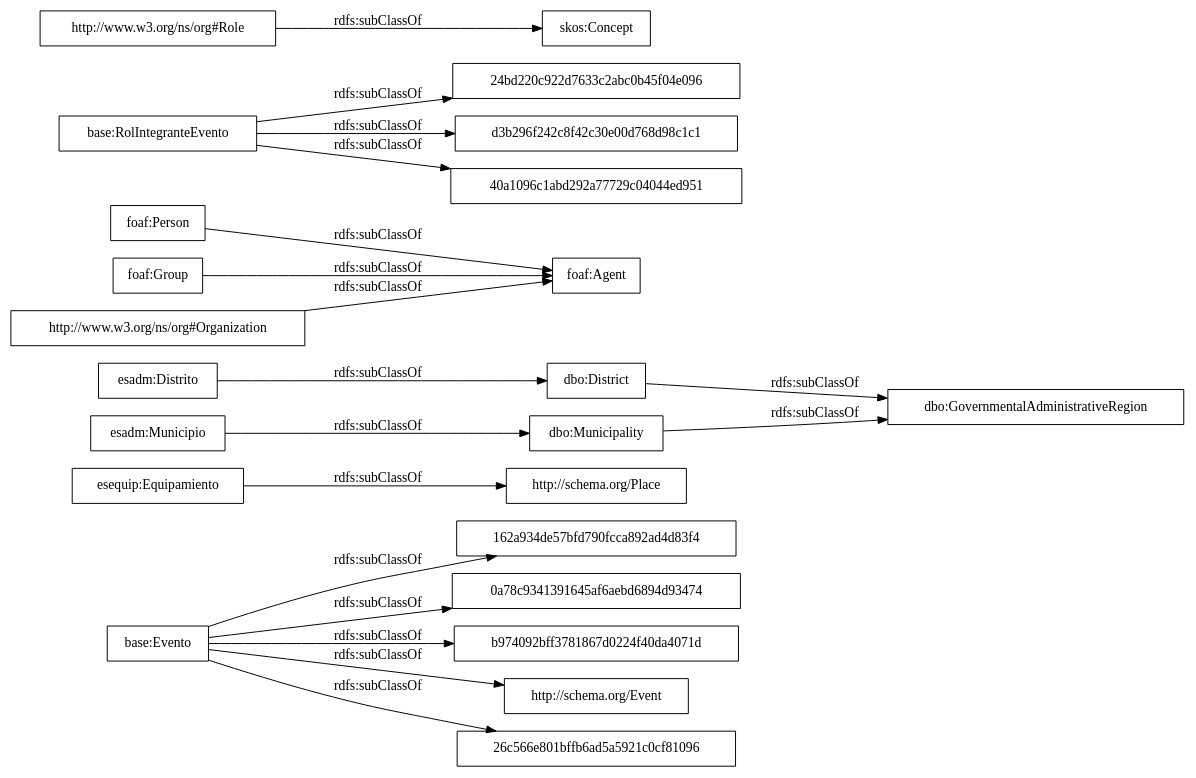
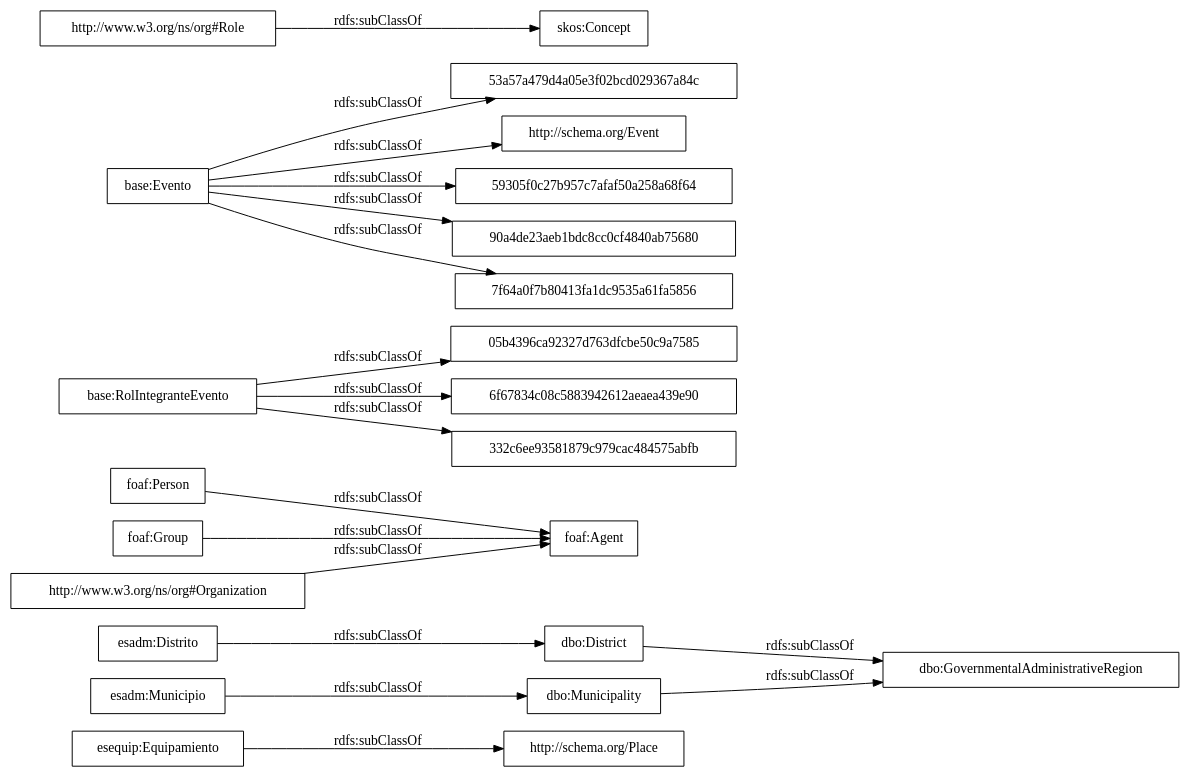
The diagram in OnToology/ontology/agenda-municipal.owl/diagrams/ar2dtool-taxonomy/agenda-municipal.owl.png.dot (OnToologyUser/sector-publico-agenda-municipal), drawn with Graphviz before and after one commit. The commit also changed 12 other files, not shown here.

```diff
--- a/OnToology/ontology/agenda-municipal.owl/diagrams/ar2dtool-taxonomy/agenda-municipal.owl.png.dot
+++ b/OnToology/ontology/agenda-municipal.owl/diagrams/ar2dtool-taxonomy/agenda-municipal.owl.png.dot
@@ -1,23 +1,23 @@
 digraph ar2dtool_diagram { 
 rankdir=LR;
 size="1000"
-node [shape = rectangle, color="black"]; "162a934de57bfd790fcca892ad4d83f4" "0a78c9341391645af6aebd6894d93474" "esequip:Equipamiento" "dbo:GovernmentalAdministrativeRegion" "foaf:Agent" "b974092bff3781867d0224f40da4071d" "dbo:District" "24bd220c922d7633c2abc0b45f04e096" "base:Evento" "http://schema.org/Event" "26c566e801bffb6ad5a5921c0cf81096" "foaf:Person" "d3b296f242c8f42c30e00d768d98c1c1" "esadm:Distrito" "dbo:Municipality" "40a1096c1abd292a77729c04044ed951" "foaf:Group" "skos:Concept" "base:RolIntegranteEvento" "esadm:Municipio" "http://www.w3.org/ns/org#Organization" "http://www.w3.org/ns/org#Role" "http://schema.org/Place" ; /*classes style*/
+node [shape = rectangle, color="black"]; "esequip:Equipamiento" "dbo:GovernmentalAdministrativeRegion" "foaf:Agent" "05b4396ca92327d763dfcbe50c9a7585" "dbo:District" "6f67834c08c5883942612aeaea439e90" "base:Evento" "332c6ee93581879c979cac484575abfb" "53a57a479d4a05e3f02bcd029367a84c" "http://schema.org/Event" "foaf:Person" "esadm:Distrito" "59305f0c27b957c7afaf50a258a68f64" "dbo:Municipality" "foaf:Group" "skos:Concept" "base:RolIntegranteEvento" "esadm:Municipio" "http://www.w3.org/ns/org#Role" "http://www.w3.org/ns/org#Organization" "http://schema.org/Place" "90a4de23aeb1bdc8cc0cf4840ab75680" "7f64a0f7b80413fa1dc9535a61fa5856" ; /*classes style*/
 	"foaf:Group" -> "foaf:Agent" [ label = "rdfs:subClassOf" ];
 	"http://www.w3.org/ns/org#Organization" -> "foaf:Agent" [ label = "rdfs:subClassOf" ];
 	"http://www.w3.org/ns/org#Role" -> "skos:Concept" [ label = "rdfs:subClassOf" ];
 	"foaf:Person" -> "foaf:Agent" [ label = "rdfs:subClassOf" ];
 	"esadm:Distrito" -> "dbo:District" [ label = "rdfs:subClassOf" ];
 	"dbo:Municipality" -> "dbo:GovernmentalAdministrativeRegion" [ label = "rdfs:subClassOf" ];
 	"dbo:District" -> "dbo:GovernmentalAdministrativeRegion" [ label = "rdfs:subClassOf" ];
 	"base:Evento" -> "http://schema.org/Event" [ label = "rdfs:subClassOf" ];
-	"base:Evento" -> "162a934de57bfd790fcca892ad4d83f4" [ label = "rdfs:subClassOf" ];
-	"base:Evento" -> "26c566e801bffb6ad5a5921c0cf81096" [ label = "rdfs:subClassOf" ];
-	"base:Evento" -> "0a78c9341391645af6aebd6894d93474" [ label = "rdfs:subClassOf" ];
-	"base:Evento" -> "b974092bff3781867d0224f40da4071d" [ label = "rdfs:subClassOf" ];
+	"base:Evento" -> "53a57a479d4a05e3f02bcd029367a84c" [ label = "rdfs:subClassOf" ];
+	"base:Evento" -> "90a4de23aeb1bdc8cc0cf4840ab75680" [ label = "rdfs:subClassOf" ];
+	"base:Evento" -> "59305f0c27b957c7afaf50a258a68f64" [ label = "rdfs:subClassOf" ];
+	"base:Evento" -> "7f64a0f7b80413fa1dc9535a61fa5856" [ label = "rdfs:subClassOf" ];
 	"esequip:Equipamiento" -> "http://schema.org/Place" [ label = "rdfs:subClassOf" ];
-	"base:RolIntegranteEvento" -> "40a1096c1abd292a77729c04044ed951" [ label = "rdfs:subClassOf" ];
-	"base:RolIntegranteEvento" -> "d3b296f242c8f42c30e00d768d98c1c1" [ label = "rdfs:subClassOf" ];
-	"base:RolIntegranteEvento" -> "24bd220c922d7633c2abc0b45f04e096" [ label = "rdfs:subClassOf" ];
+	"base:RolIntegranteEvento" -> "332c6ee93581879c979cac484575abfb" [ label = "rdfs:subClassOf" ];
+	"base:RolIntegranteEvento" -> "05b4396ca92327d763dfcbe50c9a7585" [ label = "rdfs:subClassOf" ];
+	"base:RolIntegranteEvento" -> "6f67834c08c5883942612aeaea439e90" [ label = "rdfs:subClassOf" ];
 	"esadm:Municipio" -> "dbo:Municipality" [ label = "rdfs:subClassOf" ];
 
 }
```
